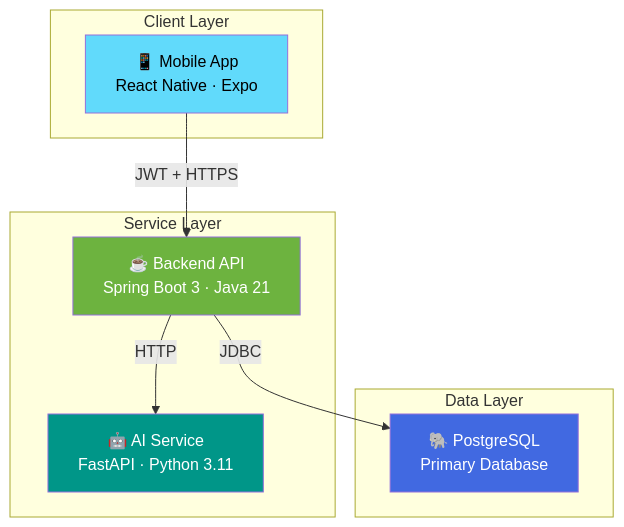
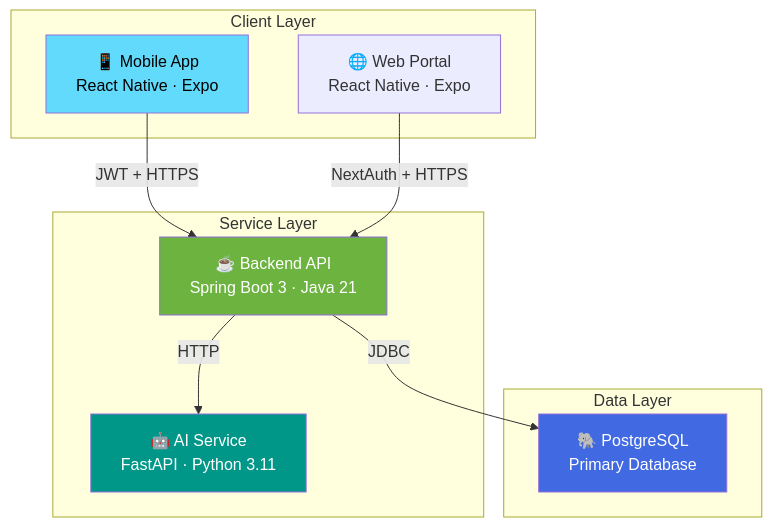
The second of 6 diagrams in docs/architecture.md (mirzahussnain/nexus-platform), drawn with Mermaid before and after one commit.

Commit message:
Update architecture diagram with service layer details

````diff
--- a/docs/architecture.md
+++ b/docs/architecture.md
@@ -68,24 +68,26 @@
 ```mermaid
 graph TB
     subgraph Client["Client Layer"]
         MA["📱 Mobile App<br/>React Native · Expo"]
+        WA["🌐 Web Portal<br/>React Native · Expo"]
     end
 
     subgraph Services["Service Layer"]
         BE["☕ Backend API<br/>Spring Boot 3 · Java 21"]
         AI["🤖 AI Service<br/>FastAPI · Python 3.11"]
     end
 
     subgraph Data["Data Layer"]
         PG["🐘 PostgreSQL<br/>Primary Database"]
     end
 
     MA -->|JWT + HTTPS| BE
+    WA -->|NextAuth + HTTPS| BE
     BE -->|HTTP| AI
     BE -->|JDBC| PG
 
     style MA fill:#61DAFB,color:#000
     style BE fill:#6DB33F,color:#fff
     style AI fill:#009688,color:#fff
     style PG fill:#4169E1,color:#fff
 ```
````
